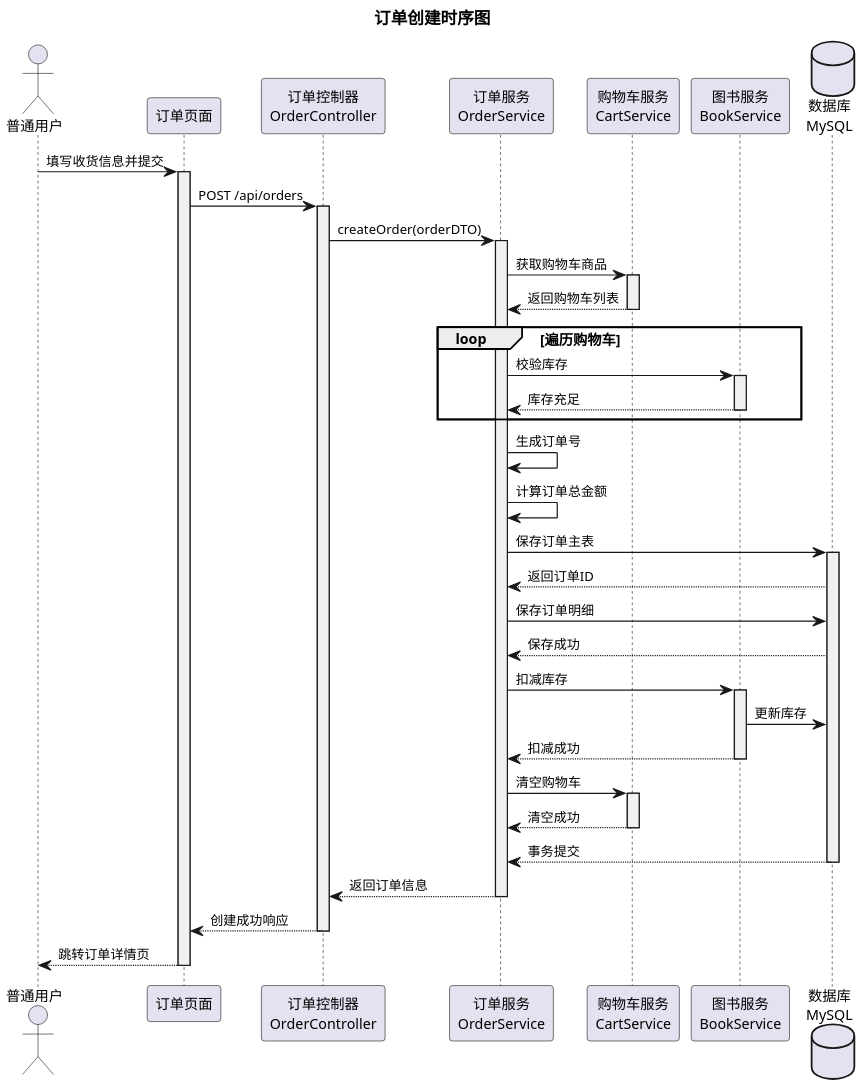
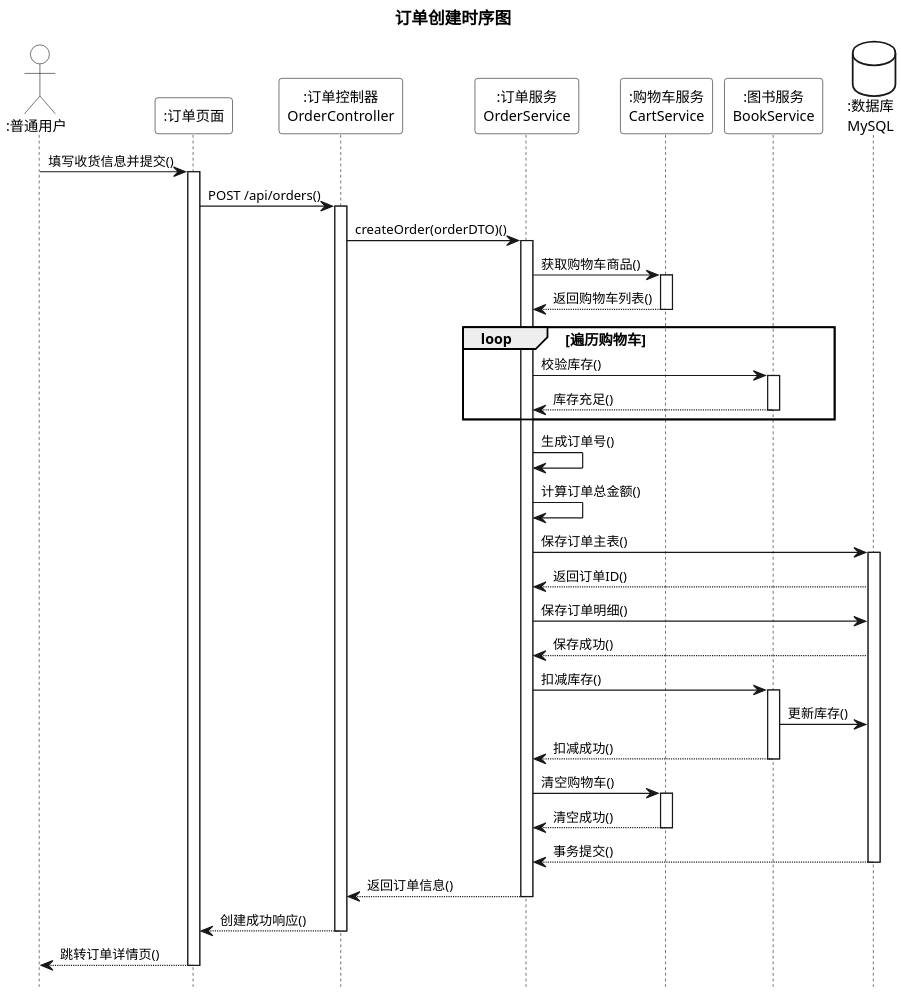
One commit to lvolk555/Trea--warehouse- changed the fourth of 8 diagrams in 修改后的论文内容.md. Above: the diagram before and after it, drawn with PlantUML. The commit also changed other lines of this file, not shown here.

Commit message:
更新PlantUML时序图格式：激活块白色填充、组件透明背景、hide footbox、组件名加冒号、消息加括号

````diff
--- a/修改后的论文内容.md
+++ b/修改后的论文内容.md
@@ -933,5 +947,6 @@
 ```plantuml
 @startuml
+hide footbox
 skinparam defaultFontName "SimSun"
 skinparam defaultFontSize 12
 skinparam sequence {
@@ -939,79 +954,85 @@
     ArrowFontSize 11
     ParticipantFontName "SimSun"
     ParticipantFontSize 12
-    LifeLineBackgroundColor #F0F0F0
 }
+skinparam ParticipantBackgroundColor transparent
+skinparam ActorBackgroundColor transparent
+skinparam DatabaseBackgroundColor transparent
+skinparam NoteBackgroundColor transparent
+skinparam GroupBackgroundColor transparent
+skinparam LegendBackgroundColor transparent
+skinparam TitleBackgroundColor transparent
 skinparam dpi 200
 
 title 订单创建时序图
 
-actor "普通用户" as User
-participant "订单页面" as OrderPage
-participant "订单控制器\nOrderController" as Controller
-participant "订单服务\nOrderService" as Service
-participant "购物车服务\nCartService" as CartService
-participant "图书服务\nBookService" as BookService
-database "数据库\nMySQL" as DB
+actor ":普通用户" as User
+participant ":订单页面" as OrderPage
+participant ":订单控制器\nOrderController" as Controller
+participant ":订单服务\nOrderService" as Service
+participant ":购物车服务\nCartService" as CartService
+participant ":图书服务\nBookService" as BookService
+database ":数据库\nMySQL" as DB
 
-User -> OrderPage: 填写收货信息并提交
+User -> OrderPage: 填写收货信息并提交()
 activate OrderPage
 
-OrderPage -> Controller: POST /api/orders
+OrderPage -> Controller: POST /api/orders()
 activate Controller
 
-Controller -> Service: createOrder(orderDTO)
+Controller -> Service: createOrder(orderDTO)()
 activate Service
 
-Service -> CartService: 获取购物车商品
+Service -> CartService: 获取购物车商品()
 activate CartService
-CartService --> Service: 返回购物车列表
+CartService --> Service: 返回购物车列表()
 
 deactivate CartService
 
 loop 遍历购物车
-    Service -> BookService: 校验库存
+    Service -> BookService: 校验库存()
     activate BookService
-    BookService --> Service: 库存充足
+    BookService --> Service: 库存充足()
     
     deactivate BookService
 end
 
-Service -> Service: 生成订单号
-Service -> Service: 计算订单总金额
+Service -> Service: 生成订单号()
+Service -> Service: 计算订单总金额()
 
-Service -> DB: 保存订单主表
+Service -> DB: 保存订单主表()
 activate DB
-DB --> Service: 返回订单ID
+DB --> Service: 返回订单ID()
 
-Service -> DB: 保存订单明细
-DB --> Service: 保存成功
+Service -> DB: 保存订单明细()
+DB --> Service: 保存成功()
 
-Service -> BookService: 扣减库存
+Service -> BookService: 扣减库存()
 activate BookService
-BookService -> DB: 更新库存
-BookService --> Service: 扣减成功
+BookService -> DB: 更新库存()
+BookService --> Service: 扣减成功()
 
 deactivate BookService
 
-Service -> CartService: 清空购物车
+Service -> CartService: 清空购物车()
 activate CartService
-CartService --> Service: 清空成功
+CartService --> Service: 清空成功()
 
 deactivate CartService
 
-DB --> Service: 事务提交
+DB --> Service: 事务提交()
 
 deactivate DB
 
-Service --> Controller: 返回订单信息
+Service --> Controller: 返回订单信息()
 
 deactivate Service
 
-Controller --> OrderPage: 创建成功响应
+Controller --> OrderPage: 创建成功响应()
 
 deactivate Controller
 
-OrderPage --> User: 跳转订单详情页
+OrderPage --> User: 跳转订单详情页()
 
 deactivate OrderPage
 
````
